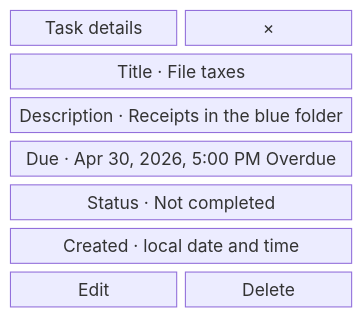
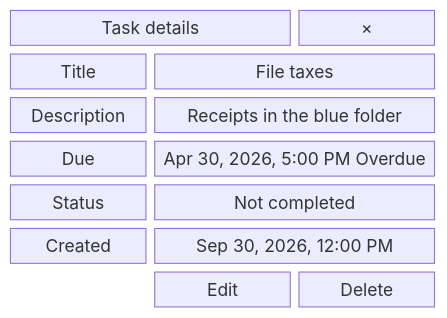
The tenth of 15 diagrams in docs/ui.md (charlesmalo/FociToDo), drawn with Mermaid before and after one commit. The commit also changed other lines of this file and 25 other files, not shown here.

First line of the commit message:
docs(diagrams): match the wireframes and diagrams to the current UI and API

````diff
--- a/docs/ui.md
+++ b/docs/ui.md
@@ -167,11 +191,11 @@
 ```mermaid
 block-beta
-  columns 2
-  heading["Task details"] close["×"]
-  t["Title · File taxes"]:2
-  d["Description · Receipts in the blue folder"]:2
-  due["Due · Apr 30, 2026, 5:00 PM Overdue"]:2
-  s["Status · Not completed"]:2
-  c["Created · local date and time"]:2
-  edit["Edit"] delete["Delete"]
+  columns 3
+  heading["Task details"]:2 close["×"]
+  tl["Title"] tv["File taxes"]:2
+  dl["Description"] dv["Receipts in the blue folder"]:2
+  ul["Due"] uv["Apr 30, 2026, 5:00 PM Overdue"]:2
+  sl["Status"] sv["Not completed"]:2
+  cl["Created"] cv["Sep 30, 2026, 12:00 PM"]:2
+  space edit["Edit"] delete["Delete"]
 ```
````
